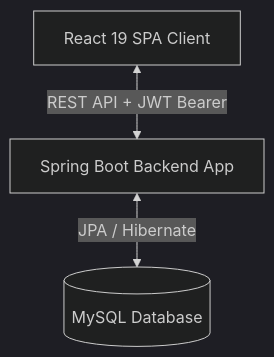
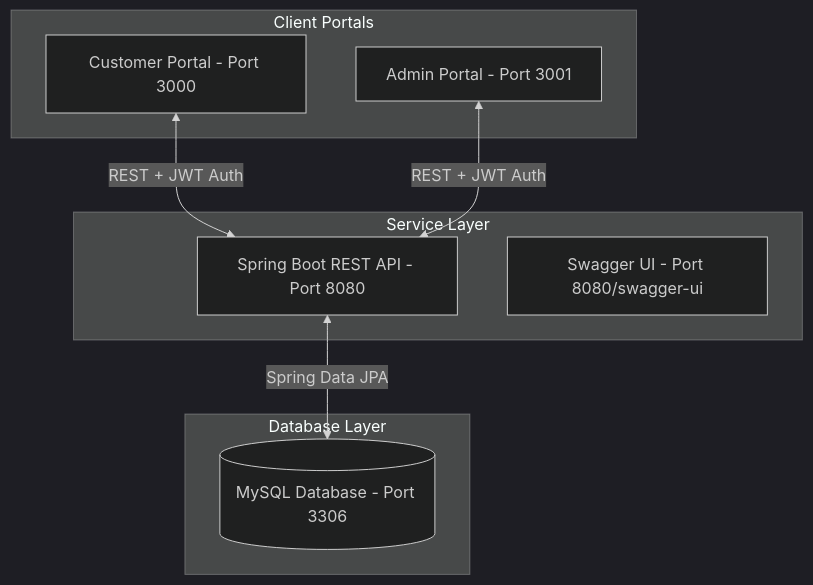
Before and after one commit to bvnethra/E-commerce-website: the first of 2 diagrams in README.md, drawn with Mermaid (dark theme). The commit also changed other lines of this file and 120 other files, not shown here.

````diff
--- a/README.md
+++ b/README.md
@@ -11,5 +9,20 @@
 ```mermaid
 graph TD
-    Client[React 19 SPA Client] <-->|REST API + JWT Bearer| Server[Spring Boot Backend App]
-    Server <-->|JPA / Hibernate| DB[(MySQL Database)]
+    subgraph Client Portals
+        Cust[Customer Portal - Port 3000]
+        Admin[Admin Portal - Port 3001]
+    end
+
+    subgraph Service Layer
+        API[Spring Boot REST API - Port 8080]
+        Swagger[Swagger UI - Port 8080/swagger-ui]
+    end
+
+    subgraph Database Layer
+        DB[(MySQL Database - Port 3306)]
+    end
+
+    Cust <-->|REST + JWT Auth| API
+    Admin <-->|REST + JWT Auth| API
+    API <-->|Spring Data JPA| DB
 ```
````
